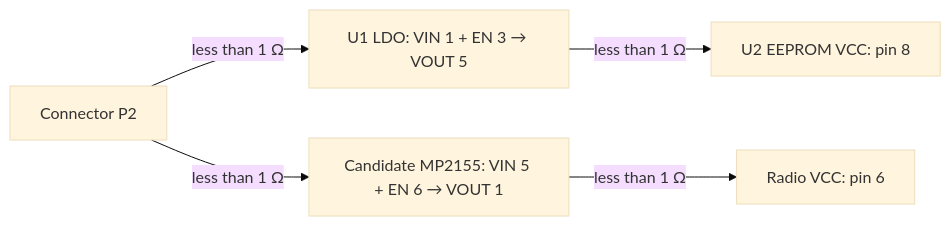
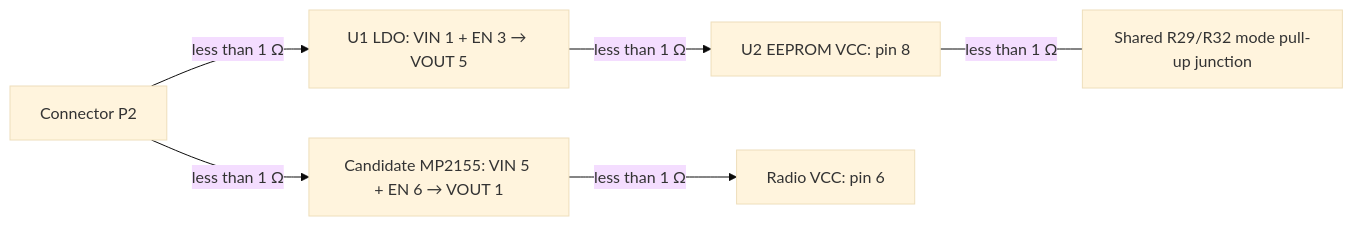
One commit to rambo/dmdt-865_expansion changed the first of 2 diagrams in docs/measurements.md. Above: the diagram before and after it, drawn with Mermaid (base theme). The commit also changed other lines of this file and 1 other file, not shown here.

Commit message:
docs: identify R29 R32 mode pull-ups to LDO output

````diff
--- a/docs/measurements.md
+++ b/docs/measurements.md
@@ -281,7 +281,8 @@
 ```mermaid
 flowchart LR
     P2["Connector P2"] -->|"less than 1 Ω"| U1["U1 LDO: VIN 1 + EN 3 → VOUT 5"]
     P2 -->|"less than 1 Ω"| DC["Candidate MP2155: VIN 5 + EN 6 → VOUT 1"]
     U1 -->|"less than 1 Ω"| EE["U2 EEPROM VCC: pin 8"]
+    EE ---|"less than 1 Ω"| PU["Shared R29/R32 mode pull-up junction"]
     DC -->|"less than 1 Ω"| RF["Radio VCC: pin 6"]
 ```
````
